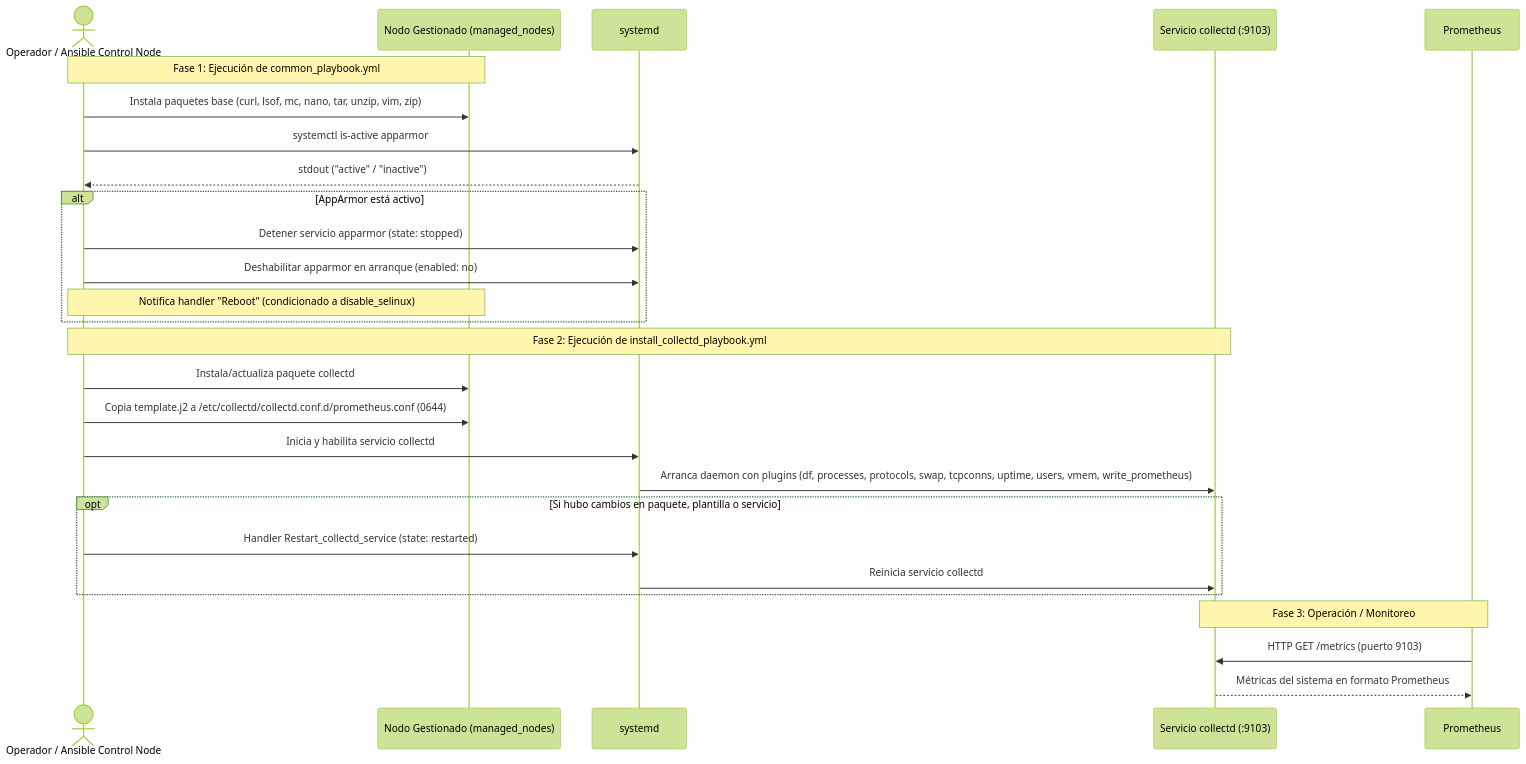
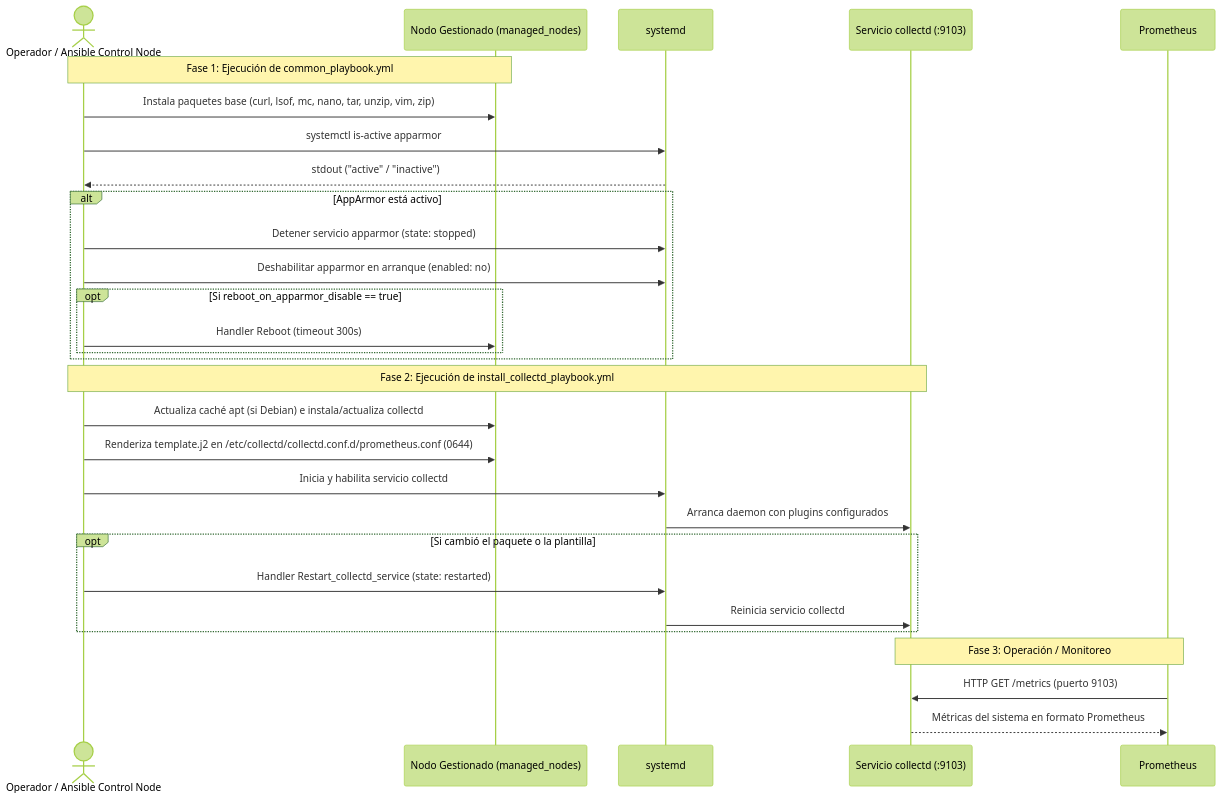
Before and after one commit to Mici7120/ansible-sandbox: the fourth of 4 diagrams in docs/architecture.md, drawn with Mermaid (forest theme). The commit also changed other lines of this file and 3 other files, not shown here.

Commit message:
docs: update documentation and diagrams after role fixes

````diff
--- a/docs/architecture.md
+++ b/docs/architecture.md
@@ -116,32 +115,34 @@
 ```mermaid
 sequenceDiagram
     actor Admin as Operador / Ansible Control Node
     participant Node as Nodo Gestionado (managed_nodes)
     participant Systemd as systemd
     participant Collectd as Servicio collectd (:9103)
     participant Prom as Prometheus
 
     Note over Admin,Node: Fase 1: Ejecución de common_playbook.yml
     Admin->>Node: Instala paquetes base (curl, lsof, mc, nano, tar, unzip, vim, zip)
     Admin->>Systemd: systemctl is-active apparmor
     Systemd-->>Admin: stdout ("active" / "inactive")
     alt AppArmor está activo
         Admin->>Systemd: Detener servicio apparmor (state: stopped)
         Admin->>Systemd: Deshabilitar apparmor en arranque (enabled: no)
-        Note over Admin,Node: Notifica handler "Reboot" (condicionado a disable_selinux)
+        opt Si reboot_on_apparmor_disable == true
+            Admin->>Node: Handler Reboot (timeout 300s)
+        end
     end
 
     Note over Admin,Collectd: Fase 2: Ejecución de install_collectd_playbook.yml
-    Admin->>Node: Instala/actualiza paquete collectd
-    Admin->>Node: Copia template.j2 a /etc/collectd/collectd.conf.d/prometheus.conf (0644)
+    Admin->>Node: Actualiza caché apt (si Debian) e instala/actualiza collectd
+    Admin->>Node: Renderiza template.j2 en /etc/collectd/collectd.conf.d/prometheus.conf (0644)
     Admin->>Systemd: Inicia y habilita servicio collectd
-    Systemd->>Collectd: Arranca daemon con plugins (df, processes, protocols, swap, tcpconns, uptime, users, vmem, write_prometheus)
-    opt Si hubo cambios en paquete, plantilla o servicio
+    Systemd->>Collectd: Arranca daemon con plugins configurados
+    opt Si cambió el paquete o la plantilla
         Admin->>Systemd: Handler Restart_collectd_service (state: restarted)
         Systemd->>Collectd: Reinicia servicio collectd
     end
 
     Note over Collectd,Prom: Fase 3: Operación / Monitoreo
     Prom->>Collectd: HTTP GET /metrics (puerto 9103)
     Collectd-->>Prom: Métricas del sistema en formato Prometheus
 ```
````
